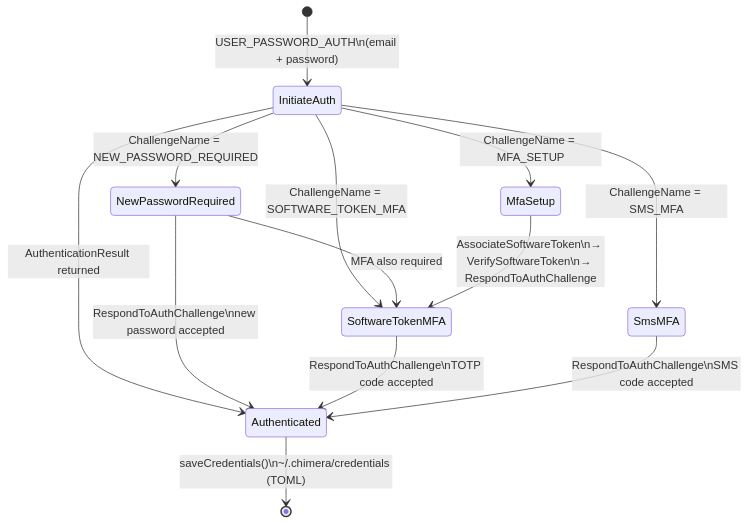
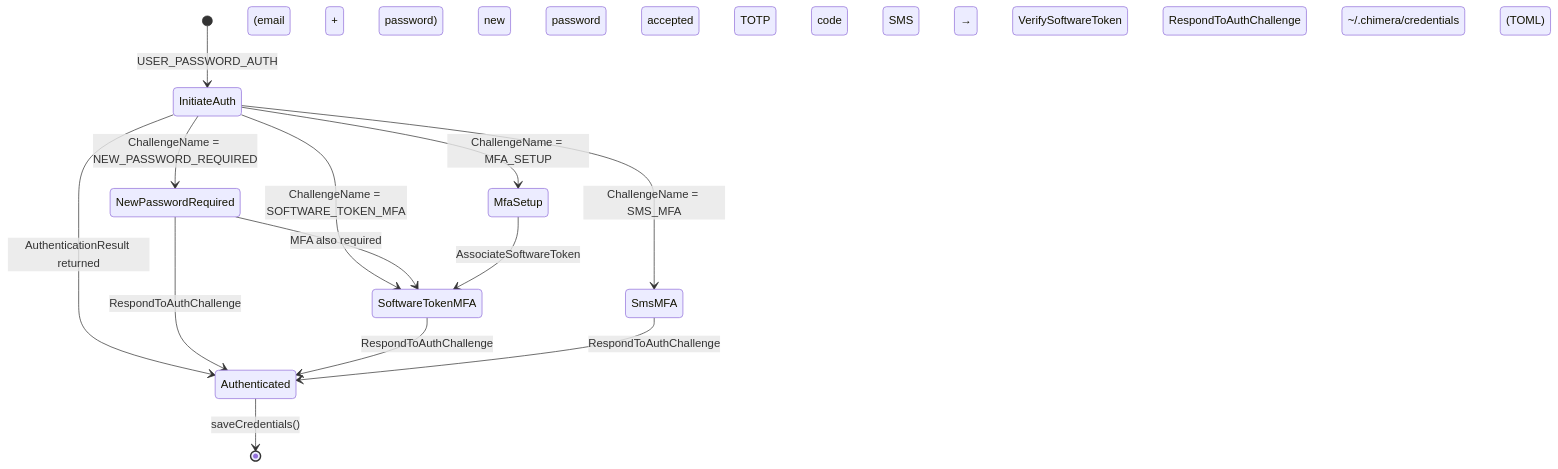
One commit to Codeseys-Labs/chimera changed the fourth of 6 diagrams in docs/architecture/cli-lifecycle.md. Above: the diagram before and after it, drawn with Mermaid. The commit also changed other lines of this file and 1 other file, not shown here.

````diff
--- a/docs/architecture/cli-lifecycle.md
+++ b/docs/architecture/cli-lifecycle.md
@@ -126,21 +165,28 @@
 ```mermaid
 stateDiagram-v2
-    [*] --> InitiateAuth : USER_PASSWORD_AUTH\n(email + password)
+    [*] --> InitiateAuth : USER_PASSWORD_AUTH
+    (email + password)
 
     InitiateAuth --> Authenticated : AuthenticationResult returned
     InitiateAuth --> NewPasswordRequired : ChallengeName = NEW_PASSWORD_REQUIRED
     InitiateAuth --> SoftwareTokenMFA : ChallengeName = SOFTWARE_TOKEN_MFA
     InitiateAuth --> SmsMFA : ChallengeName = SMS_MFA
     InitiateAuth --> MfaSetup : ChallengeName = MFA_SETUP
 
-    NewPasswordRequired --> Authenticated : RespondToAuthChallenge\nnew password accepted
+    NewPasswordRequired --> Authenticated : RespondToAuthChallenge
+    new password accepted
     NewPasswordRequired --> SoftwareTokenMFA : MFA also required
 
-    SoftwareTokenMFA --> Authenticated : RespondToAuthChallenge\nTOTP code accepted
+    SoftwareTokenMFA --> Authenticated : RespondToAuthChallenge
+    TOTP code accepted
 
-    SmsMFA --> Authenticated : RespondToAuthChallenge\nSMS code accepted
+    SmsMFA --> Authenticated : RespondToAuthChallenge
+    SMS code accepted
 
-    MfaSetup --> SoftwareTokenMFA : AssociateSoftwareToken\n→ VerifySoftwareToken\n→ RespondToAuthChallenge
+    MfaSetup --> SoftwareTokenMFA : AssociateSoftwareToken
+    → VerifySoftwareToken
+    → RespondToAuthChallenge
 
-    Authenticated --> [*] : saveCredentials()\n~/.chimera/credentials (TOML)
+    Authenticated --> [*] : saveCredentials()
+    ~/.chimera/credentials (TOML)
 ```
````
